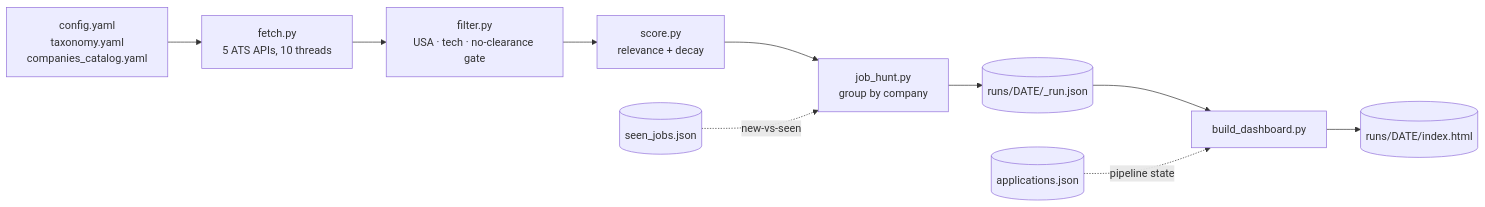
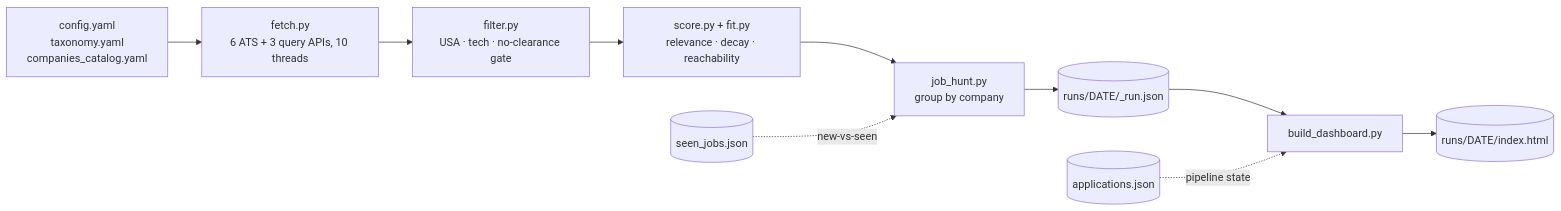
One commit to canmenzo/jobscope changed the diagram in README.md. Above: the diagram before and after it, drawn with Mermaid. The commit also changed other lines of this file and 1 other file, not shown here.

````diff
--- a/README.md
+++ b/README.md
@@ -58,11 +52,11 @@
 ```mermaid
 flowchart LR
   A[config.yaml<br/>taxonomy.yaml<br/>companies_catalog.yaml] --> B
-  B[fetch.py<br/>5 ATS APIs, 10 threads] --> C
+  B[fetch.py<br/>6 ATS + 3 query APIs, 10 threads] --> C
   C[filter.py<br/>USA · tech · no-clearance gate] --> D
-  D[score.py<br/>relevance + decay] --> E
+  D[score.py + fit.py<br/>relevance · decay · reachability] --> E
   E[job_hunt.py<br/>group by company] --> F[(runs/DATE/_run.json)]
   F --> G[build_dashboard.py] --> H[(runs/DATE/index.html)]
   I[(seen_jobs.json)] -.new-vs-seen.-> E
   J[(applications.json)] -.pipeline state.-> G
 ```
````
